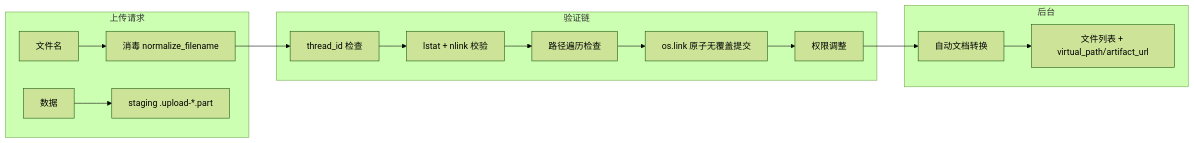
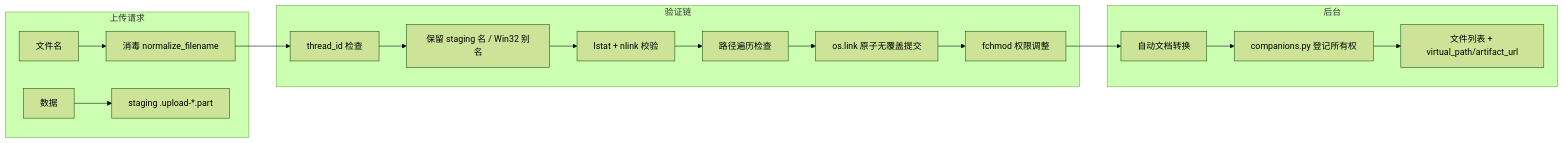
One commit to ethan-jiang-1/deer-flow changed the fourth of 4 diagrams in _digested/operations/app-layer/02-upload-security.md. Above: the diagram before and after it, drawn with Mermaid (forest theme). The commit also changed other lines of this file and 136 other files, not shown here.

````diff
--- a/_digested/operations/app-layer/02-upload-security.md
+++ b/_digested/operations/app-layer/02-upload-security.md
@@ -248,20 +396,22 @@
 ```mermaid
 flowchart LR
     subgraph 上传请求
         F[文件名] --> N[消毒 normalize_filename]
         D[数据] --> W[staging .upload-*.part]
     end
 
     subgraph 验证链
         N --> TID[thread_id 检查]
-        TID --> LSTAT[lstat + nlink 校验]
+        TID --> RES[保留 staging 名 / Win32 别名]
+        RES --> LSTAT[lstat + nlink 校验]
         LSTAT --> PT[路径遍历检查]
         PT --> LINK[os.link 原子无覆盖提交]
-        LINK --> PERM[权限调整]
+        LINK --> PERM[fchmod 权限调整]
     end
 
     subgraph 后台
         PERM --> CONV[自动文档转换]
-        CONV --> LIST[文件列表 + virtual_path/artifact_url]
+        CONV --> COMP[companions.py 登记所有权]
+        COMP --> LIST[文件列表 + virtual_path/artifact_url]
     end
 ```
````
